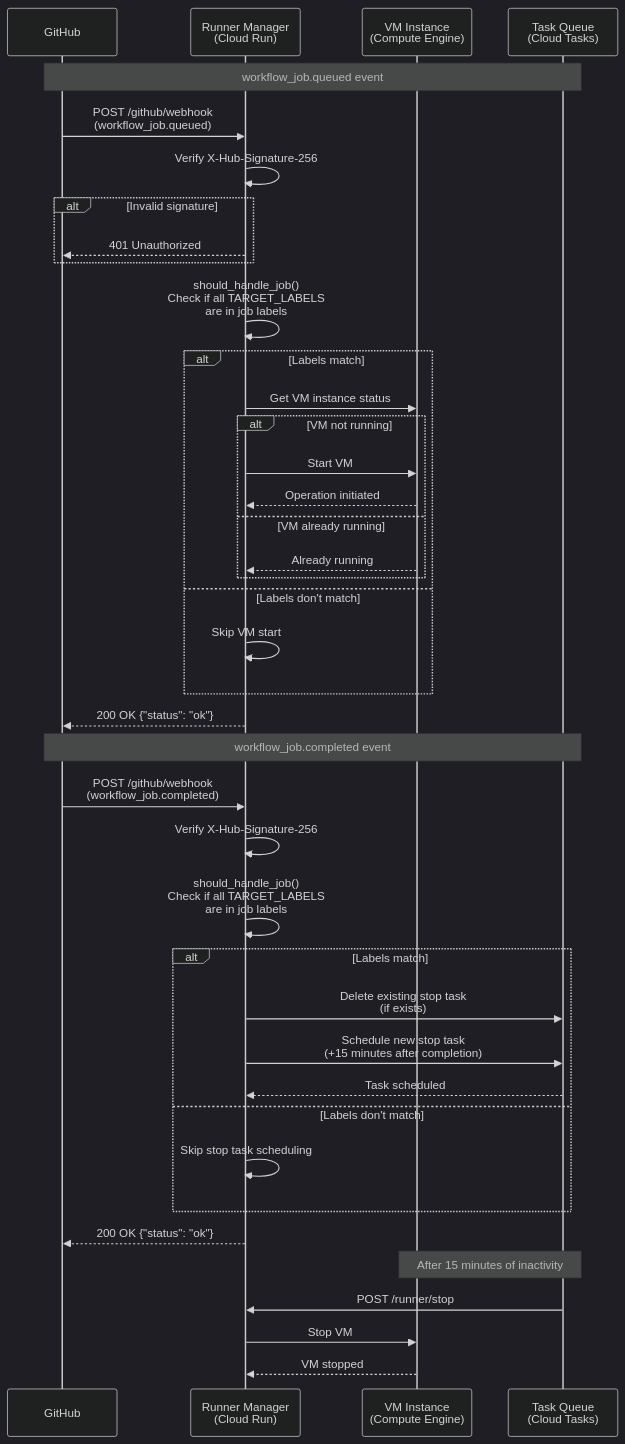
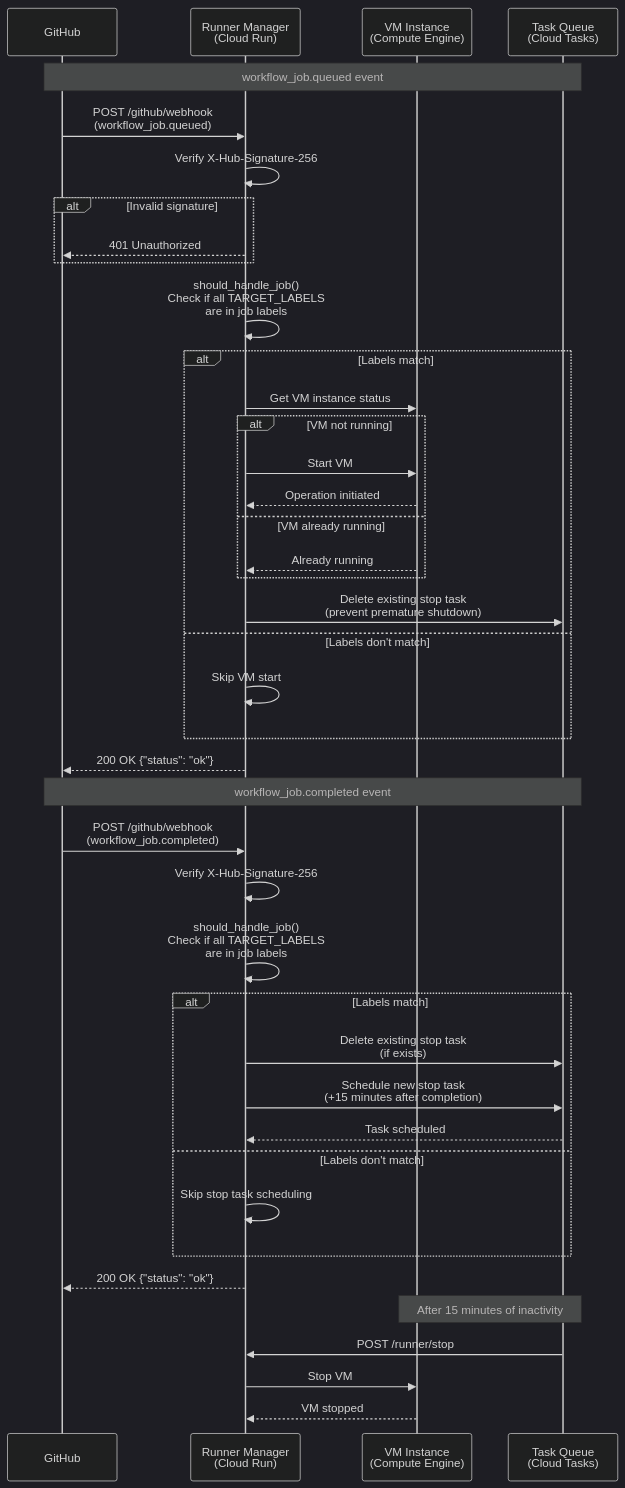
Before and after one commit to nakamasato/gha-vm-self-hosted-runner: the second of 2 diagrams in app/runner-manager/README.md, drawn with Mermaid (dark theme). The commit also changed 1 other file, not shown here.

Commit message:
Delete stop task on job queued to prevent premature shutdown
- Extract delete logic to delete_stop_task() function
- Call delete_stop_task() on workflow_job.queued event
- Prevents scenario where previous job's stop task terminates new job
- Update sequence diagram to show task deletion on queued event

Example scenario prevented:
1. Job A completes → stop task scheduled (3min later)
2. Job B queued (1min later) → now deletes Job A's stop task
3. Job B runs safely without premature termination

🤖 Generated with [Claude Code](https://claude.com/claude-code)

````diff
--- a/app/runner-manager/README.md
+++ b/app/runner-manager/README.md
@@ -90,52 +90,54 @@
 ```mermaid
 sequenceDiagram
     participant GitHub
     participant CloudRun as Runner Manager<br/>(Cloud Run)
     participant ComputeEngine as VM Instance<br/>(Compute Engine)
     participant CloudTasks as Task Queue<br/>(Cloud Tasks)
 
     Note over GitHub,CloudTasks: workflow_job.queued event
     GitHub->>CloudRun: POST /github/webhook<br/>(workflow_job.queued)
     CloudRun->>CloudRun: Verify X-Hub-Signature-256
 
     alt Invalid signature
         CloudRun-->>GitHub: 401 Unauthorized
     end
 
     CloudRun->>CloudRun: should_handle_job()<br/>Check if all TARGET_LABELS<br/>are in job labels
 
     alt Labels match
         CloudRun->>ComputeEngine: Get VM instance status
 
         alt VM not running
             CloudRun->>ComputeEngine: Start VM
             ComputeEngine-->>CloudRun: Operation initiated
         else VM already running
             ComputeEngine-->>CloudRun: Already running
         end
+
+        CloudRun->>CloudTasks: Delete existing stop task<br/>(prevent premature shutdown)
     else Labels don't match
         CloudRun->>CloudRun: Skip VM start
     end
 
     CloudRun-->>GitHub: 200 OK {"status": "ok"}
 
     Note over GitHub,CloudTasks: workflow_job.completed event
     GitHub->>CloudRun: POST /github/webhook<br/>(workflow_job.completed)
     CloudRun->>CloudRun: Verify X-Hub-Signature-256
     CloudRun->>CloudRun: should_handle_job()<br/>Check if all TARGET_LABELS<br/>are in job labels
 
     alt Labels match
         CloudRun->>CloudTasks: Delete existing stop task<br/>(if exists)
         CloudRun->>CloudTasks: Schedule new stop task<br/>(+15 minutes after completion)
         CloudTasks-->>CloudRun: Task scheduled
     else Labels don't match
         CloudRun->>CloudRun: Skip stop task scheduling
     end
 
     CloudRun-->>GitHub: 200 OK {"status": "ok"}
 
     Note over CloudTasks,ComputeEngine: After 15 minutes of inactivity
     CloudTasks->>CloudRun: POST /runner/stop
     CloudRun->>ComputeEngine: Stop VM
     ComputeEngine-->>CloudRun: VM stopped
 ```
````
